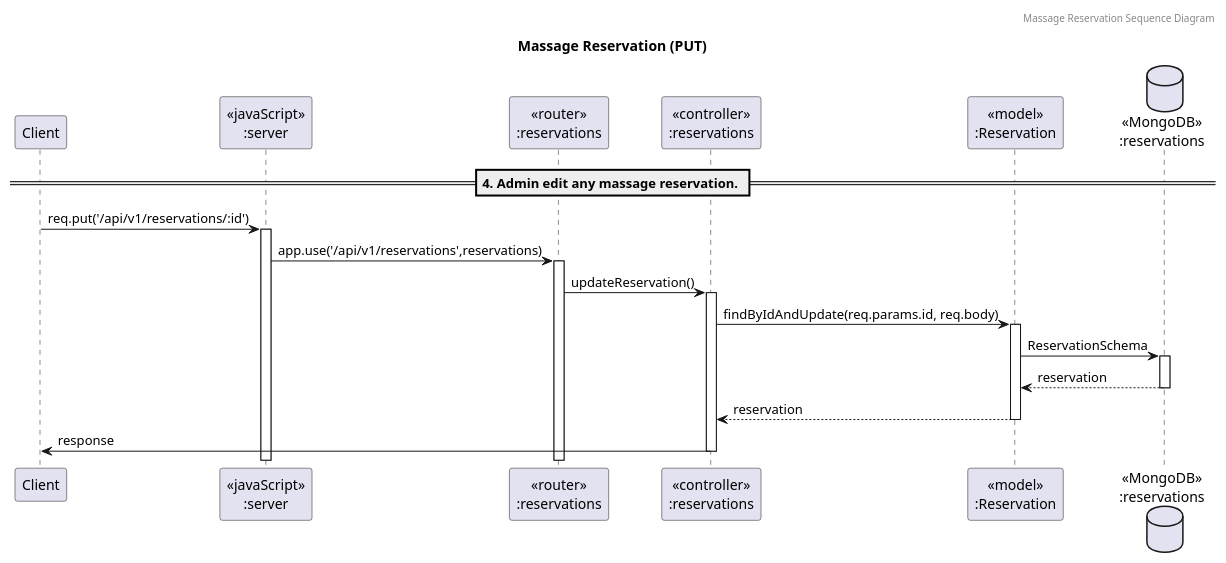
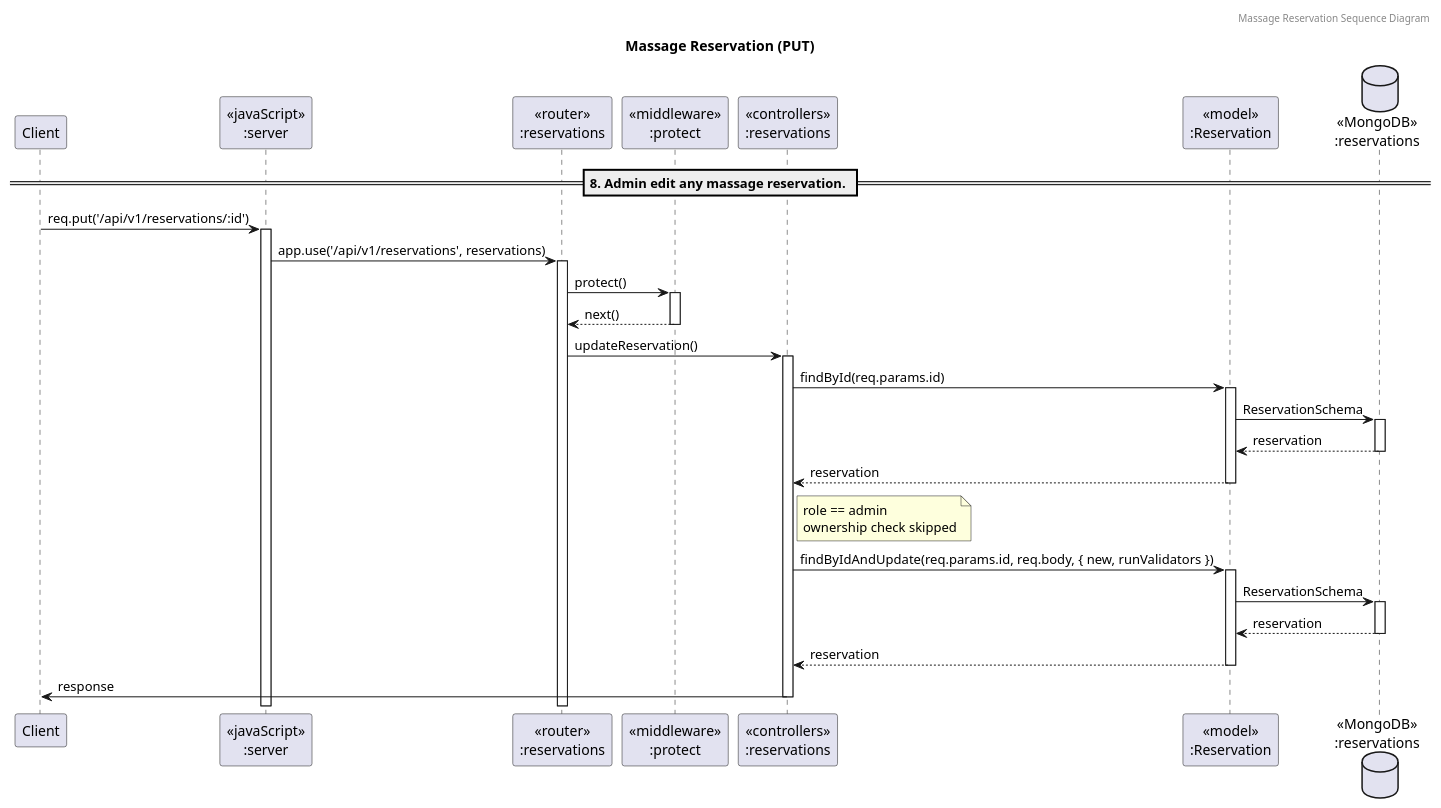
One commit to 14two-77/be-project-68-fangaodiwa changed the diagram in docs/sequence-diagram/sequence-diagram_8.puml. Above: the diagram before and after it, drawn with PlantUML. The commit also changed 26 other files, not shown here.

Commit message:
add diagram

```diff
--- a/docs/sequence-diagram/sequence-diagram_8.puml
+++ b/docs/sequence-diagram/sequence-diagram_8.puml
@@ -1,24 +1,32 @@
 @startuml sequence-diagram
 
 header Massage Reservation Sequence Diagram
 title "Massage Reservation (PUT)"
 
 participant "Client" as client
 participant "<<javaScript>>\n:server" as server
 participant "<<router>>\n:reservations" as routerReservations
-participant "<<controller>>\n:reservations" as controllersReservations
+participant "<<middleware>>\n:protect" as middlewareProtect
+participant "<<controllers>>\n:reservations" as controllersReservations
 participant "<<model>>\n:Reservation" as modelReservation
 database "<<MongoDB>>\n:reservations" as reservationsDatabase
 
-== 4. Admin edit any massage reservation. ==
+== 8. Admin edit any massage reservation. ==
 
 client -> server ++: req.put('/api/v1/reservations/:id')
-server -> routerReservations ++: app.use('/api/v1/reservations',reservations)
+server -> routerReservations ++: app.use('/api/v1/reservations', reservations)
+routerReservations -> middlewareProtect ++: protect()
+middlewareProtect --> routerReservations --: next()
 routerReservations -> controllersReservations ++: updateReservation()
-controllersReservations-> modelReservation ++: findByIdAndUpdate(req.params.id, req.body)
+controllersReservations -> modelReservation ++: findById(req.params.id)
+modelReservation -> reservationsDatabase ++: ReservationSchema
+reservationsDatabase --> modelReservation --: reservation
+controllersReservations <-- modelReservation --: reservation
+note right of controllersReservations: role == admin\nownership check skipped
+controllersReservations -> modelReservation ++: findByIdAndUpdate(req.params.id, req.body, { new, runValidators })
 modelReservation -> reservationsDatabase ++: ReservationSchema
 reservationsDatabase --> modelReservation --: reservation
 controllersReservations <-- modelReservation --: reservation
 controllersReservations -> client --: response
 
 @enduml
```
